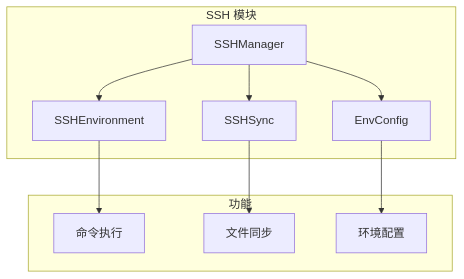
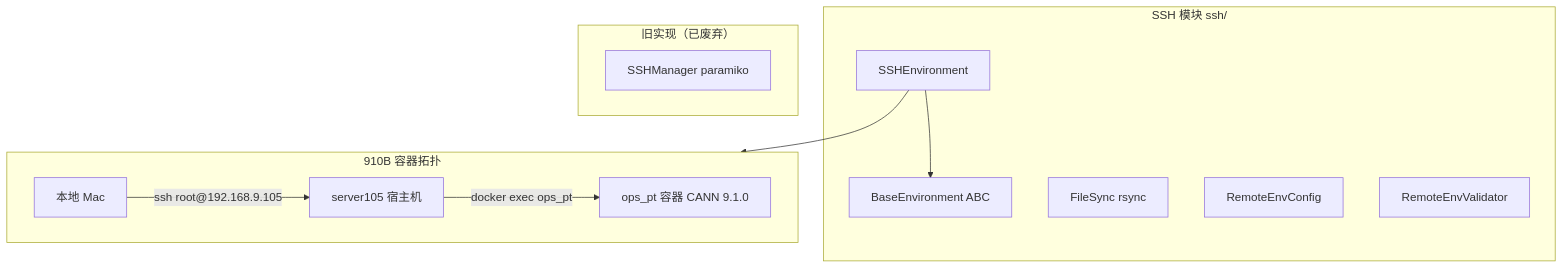
The diagram in docs/modules/ssh.md (SimmerChan/ascend_op_agent), drawn with Mermaid before and after one commit. The commit also changed other lines of this file and 20 other files, not shown here.

````diff
--- a/docs/modules/ssh.md
+++ b/docs/modules/ssh.md
@@ -25,14 +27,25 @@
 ```mermaid
 graph TB
-    subgraph SSH["SSH 模块"]
-        A[SSHManager] --> B[SSHEnvironment]
-        A --> C[SSHSync]
-        A --> D[EnvConfig]
+    subgraph SSH["SSH 模块 ssh/"]
+        A[SSHEnvironment]
+        B[BaseEnvironment ABC]
+        C[FileSync rsync]
+        D[RemoteEnvConfig]
+        E[RemoteEnvValidator]
     end
 
-    subgraph Features["功能"]
-        B --> E[命令执行]
-        C --> F[文件同步]
-        D --> G[环境配置]
+    subgraph Legacy["旧实现（已废弃）"]
+        F[SSHManager paramiko]
     end
+
+    subgraph Topology["910B 容器拓扑"]
+        G[本地 Mac]
+        H[server105 宿主机]
+        I[ops_pt 容器 CANN 9.1.0]
+    end
+
+    A --> B
+    G -->|ssh root@192.168.9.105| H
+    H -->|docker exec ops_pt| I
+    A --> Topology
 ```
````
